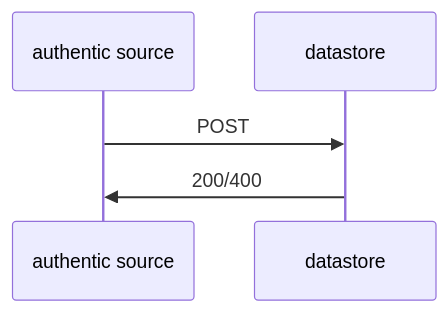
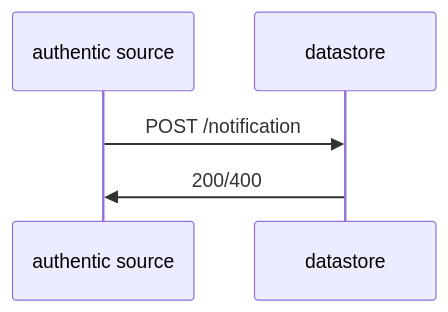
Before and after one commit to dc4eu/vc: the second of 8 diagrams in standards/apiv21.md, drawn with Mermaid. The commit also changed other lines of this file, not shown here.

````diff
--- a/standards/apiv21.md
+++ b/standards/apiv21.md
@@ -103,5 +103,5 @@
 ```mermaid
 sequenceDiagram;
-    authentic source->>datastore: POST;
+    authentic source->>datastore: POST /notification;
     datastore->>authentic source: 200/400 ; 
 ```
````
